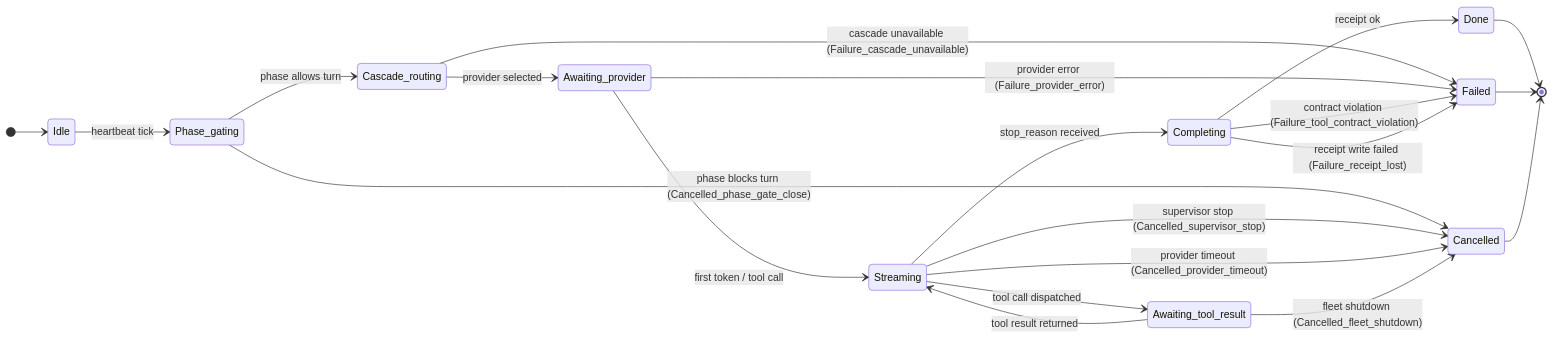
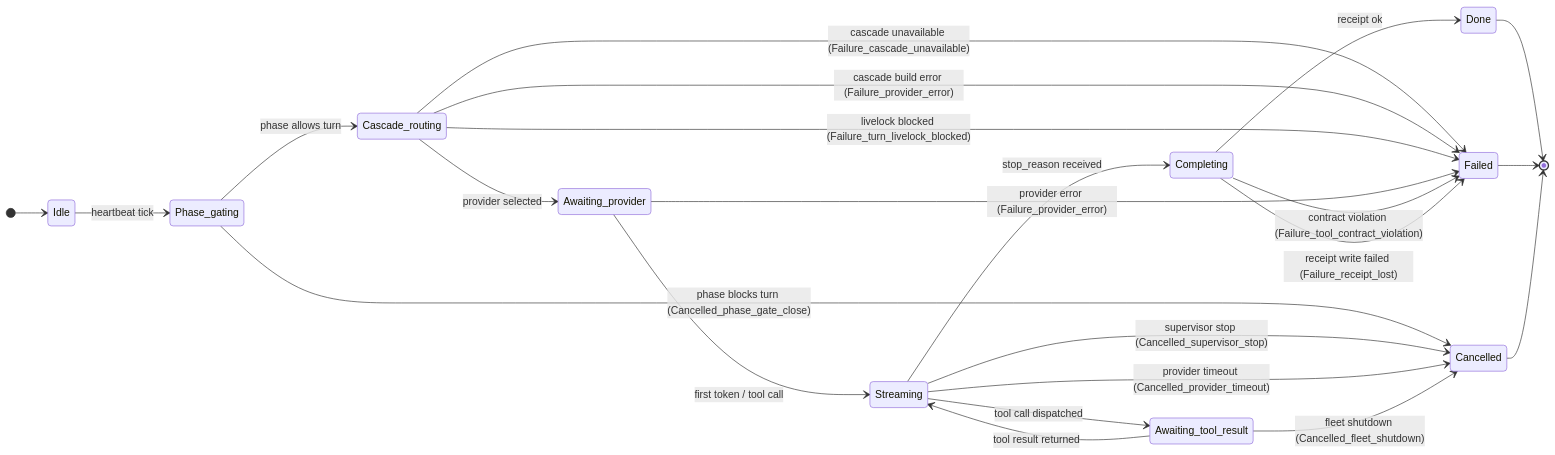
Before and after one commit to jeong-sik/masc: the second of 2 diagrams in docs/keeper-turn-lifecycle.md, drawn with Mermaid. The commit also changed other lines of this file, not shown here.

````diff
--- a/docs/keeper-turn-lifecycle.md
+++ b/docs/keeper-turn-lifecycle.md
@@ -56,24 +56,26 @@
 ```mermaid
 stateDiagram-v2
     direction LR
     [*] --> Idle
     Idle --> Phase_gating: heartbeat tick
     Phase_gating --> Cancelled: phase blocks turn (Cancelled_phase_gate_close)
     Phase_gating --> Cascade_routing: phase allows turn
     Cascade_routing --> Failed: cascade unavailable (Failure_cascade_unavailable)
+    Cascade_routing --> Failed: cascade build error (Failure_provider_error)
+    Cascade_routing --> Failed: livelock blocked (Failure_turn_livelock_blocked)
     Cascade_routing --> Awaiting_provider: provider selected
     Awaiting_provider --> Streaming: first token / tool call
     Awaiting_provider --> Failed: provider error (Failure_provider_error)
     Streaming --> Awaiting_tool_result: tool call dispatched
     Awaiting_tool_result --> Streaming: tool result returned
     Streaming --> Completing: stop_reason received
     Completing --> Done: receipt ok
     Completing --> Failed: contract violation (Failure_tool_contract_violation)
     Completing --> Failed: receipt write failed (Failure_receipt_lost)
     Streaming --> Cancelled: supervisor stop (Cancelled_supervisor_stop)
     Streaming --> Cancelled: provider timeout (Cancelled_provider_timeout)
     Awaiting_tool_result --> Cancelled: fleet shutdown (Cancelled_fleet_shutdown)
     Done --> [*]
     Failed --> [*]
     Cancelled --> [*]
 ```
````
